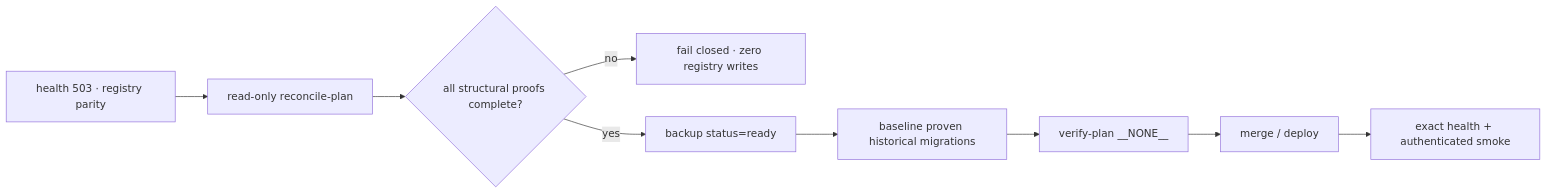
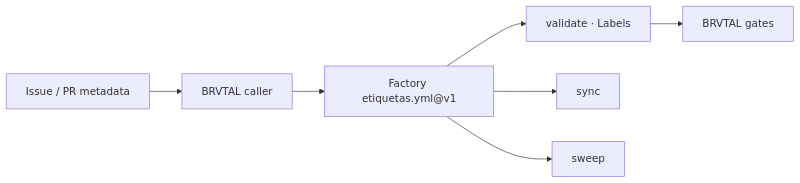
Before and after one commit to pl0n3r/brvtal: the diagram in README.md, drawn with Mermaid. The commit also changed other lines of this file and 2 other files, not shown here.

First line of the commit message:
ci(factory): adopt reusable labels lifecycle (#684)

````diff
--- a/README.md
+++ b/README.md
@@ -54,11 +52,9 @@
 ```mermaid
 flowchart LR
-  A["health 503 · registry parity"] --> P["read-only reconcile-plan"]
-  P --> X{"all structural proofs complete?"}
-  X -->|no| F["fail closed · zero registry writes"]
-  X -->|yes| B["backup status=ready"]
-  B --> R["baseline proven historical migrations"]
-  R --> V["verify-plan __NONE__"]
-  V --> M["merge / deploy"]
-  M --> H["exact health + authenticated smoke"]
+  E["Issue / PR metadata"] --> C["BRVTAL caller"]
+  C --> F["Factory etiquetas.yml@v1"]
+  F --> V["validate · Labels"]
+  F --> S["sync"]
+  F --> W["sweep"]
+  V --> G["BRVTAL gates"]
 ```
````
